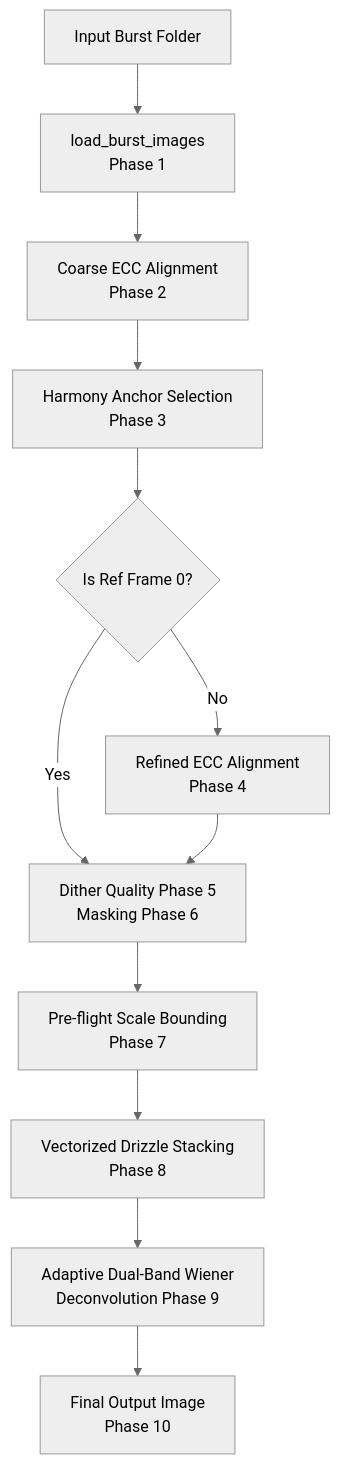
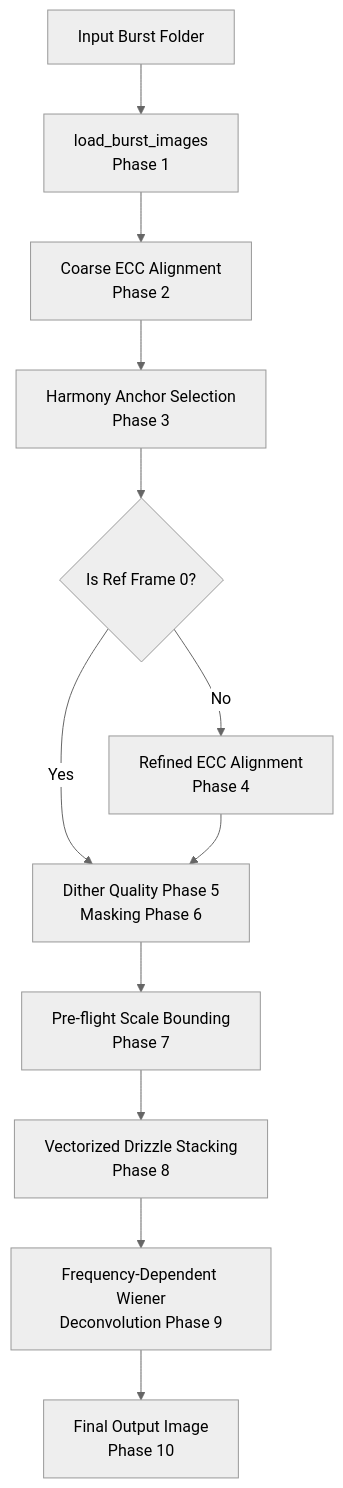
The diagram in ARCHITECTURE.md (chienhaoc/Optico), drawn with Mermaid (neutral theme) before and after one commit. The commit also changed other lines of this file and 9 other files, not shown here.

````diff
--- a/ARCHITECTURE.md
+++ b/ARCHITECTURE.md
@@ -30,14 +30,14 @@
 ```mermaid
 graph TD
     A["Input Burst Folder"] --> B["load_burst_images<br/>Phase 1"]
     B --> C["Coarse ECC Alignment<br/>Phase 2"]
     C --> D["Harmony Anchor Selection<br/>Phase 3"]
     D --> E{Is Ref Frame 0?}
     E -->|No| F["Refined ECC Alignment<br/>Phase 4"]
     E -->|Yes| G["Dither Quality Phase 5<br/>Masking Phase 6"]
     F --> G
     G --> H["Pre-flight Scale Bounding<br/>Phase 7"]
     H --> I["Vectorized Drizzle Stacking<br/>Phase 8"]
-    I --> J["Adaptive Dual-Band Wiener<br/>Deconvolution Phase 9"]
+    I --> J["Frequency-Dependent Wiener<br/>Deconvolution Phase 9"]
     J --> K["Final Output Image<br/>Phase 10"]
 ```
````
